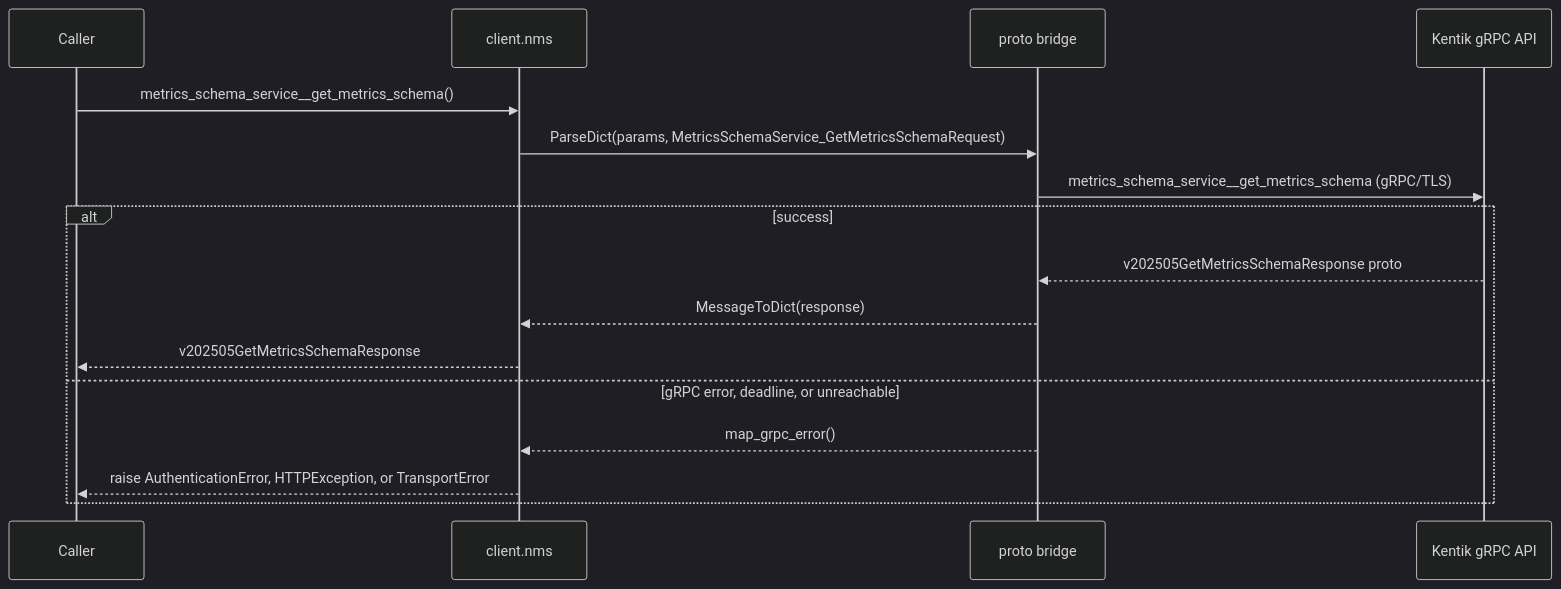
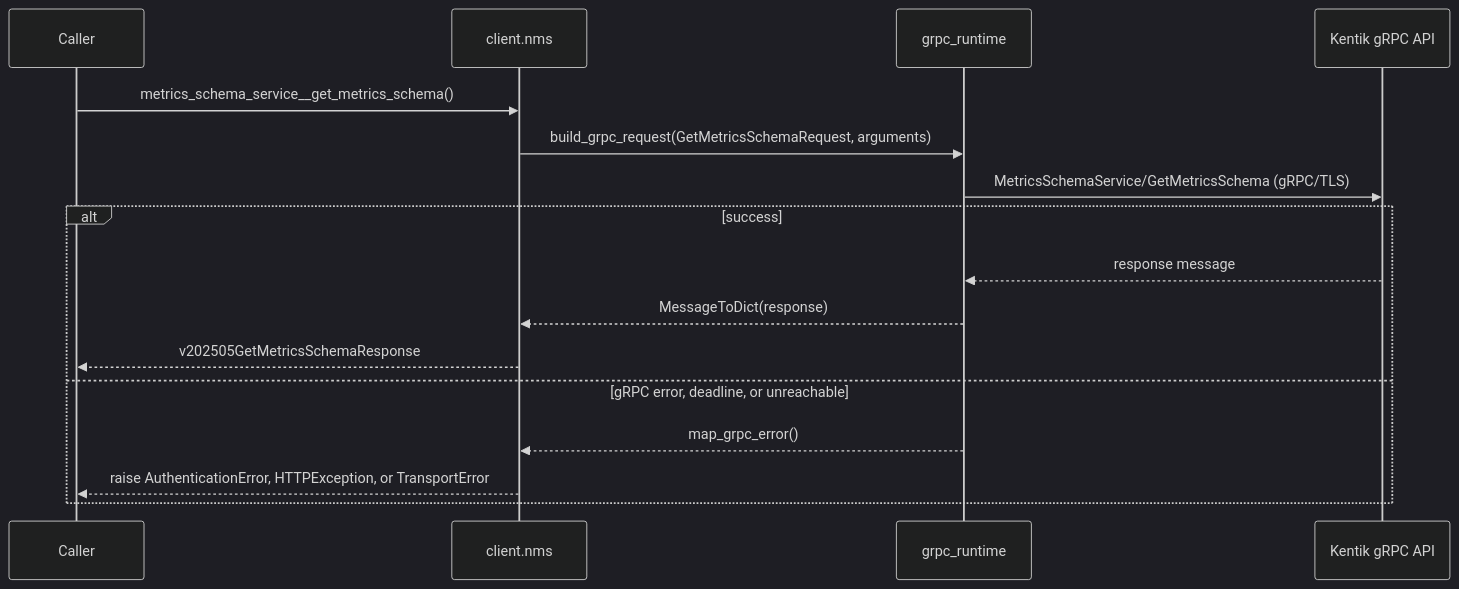
One commit to alexdearaujo/community_sdk_python changed the third of 4 diagrams in docs/sphinx/services/nms.md. Above: the diagram before and after it, drawn with Mermaid (dark theme). The commit also changed 37 other files, not shown here.

First line of the commit message:
docs: show the real RPC in each service page's gRPC diagram

````diff
--- a/docs/sphinx/services/nms.md
+++ b/docs/sphinx/services/nms.md
@@ -55,19 +55,19 @@
 ```mermaid
 sequenceDiagram
     participant C as Caller
     participant W as client.nms
-    participant B as proto bridge
+    participant R as grpc_runtime
     participant API as Kentik gRPC API
 
     C->>W: metrics_schema_service__get_metrics_schema()
-    W->>B: ParseDict(params, MetricsSchemaService_GetMetricsSchemaRequest)
-    B->>API: metrics_schema_service__get_metrics_schema (gRPC/TLS)
+    W->>R: build_grpc_request(GetMetricsSchemaRequest, arguments)
+    R->>API: MetricsSchemaService/GetMetricsSchema (gRPC/TLS)
     alt success
-        API-->>B: v202505GetMetricsSchemaResponse proto
-        B-->>W: MessageToDict(response)
+        API-->>R: response message
+        R-->>W: MessageToDict(response)
         W-->>C: v202505GetMetricsSchemaResponse
     else gRPC error, deadline, or unreachable
-        B-->>W: map_grpc_error()
+        R-->>W: map_grpc_error()
         W-->>C: raise AuthenticationError, HTTPException, or TransportError
     end
 ```
````
